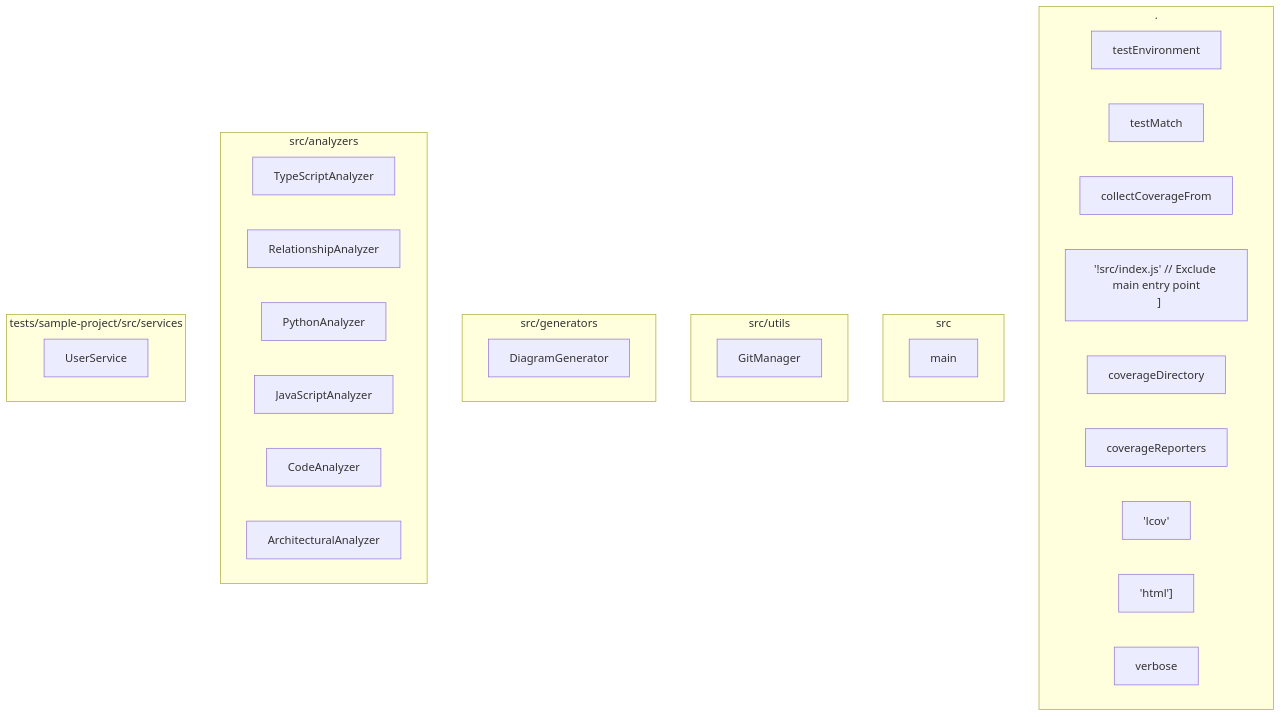
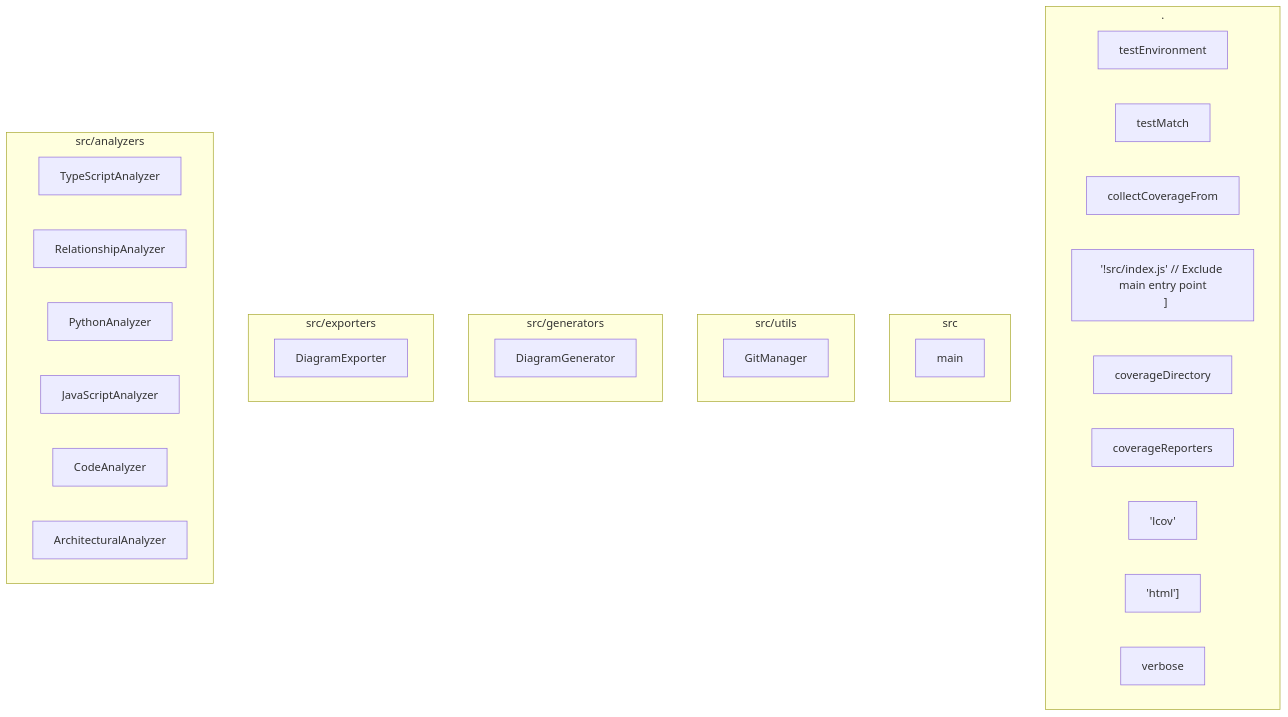
One commit to samjhill/diagrammer changed the diagram in docs/architecture/modules.md. Above: the diagram before and after it, drawn with Mermaid. The commit also changed other lines of this file and 73 other files, not shown here.

Commit message:
docs: Update architecture diagrams [skip ci]

````diff
--- a/docs/architecture/modules.md
+++ b/docs/architecture/modules.md
@@ -15,46 +24,46 @@
 ```mermaid
 graph TB
   classDef module fill:#e3f2fd,stroke:#1976d2,stroke-width:2px
   classDef export fill:#e8f5e8,stroke:#388e3c,stroke-width:2px
   classDef group fill:#f3e5f5,stroke:#7b1fa2,stroke-width:3px
 
   subgraph _["."]
     testEnvironment["testEnvironment"]
     testMatch["testMatch"]
     collectCoverageFrom["collectCoverageFrom"]
     __src_index_js_____Exclude_main_entry_point____["'!src/index.js' // Exclude main entry point
   ]"]
     coverageDirectory["coverageDirectory"]
     coverageReporters["coverageReporters"]
     _lcov_["'lcov'"]
     _html__["'html']"]
     verbose["verbose"]
   end
 
   subgraph src["src"]
     main["main"]
   end
 
   subgraph src_utils["src/utils"]
     GitManager["GitManager"]
   end
 
   subgraph src_generators["src/generators"]
     DiagramGenerator["DiagramGenerator"]
   end
 
+  subgraph src_exporters["src/exporters"]
+    DiagramExporter["DiagramExporter"]
+  end
+
   subgraph src_analyzers["src/analyzers"]
     TypeScriptAnalyzer["TypeScriptAnalyzer"]
     RelationshipAnalyzer["RelationshipAnalyzer"]
     PythonAnalyzer["PythonAnalyzer"]
     JavaScriptAnalyzer["JavaScriptAnalyzer"]
     CodeAnalyzer["CodeAnalyzer"]
     ArchitecturalAnalyzer["ArchitecturalAnalyzer"]
   end
 
-  subgraph tests_sample_project_src_services["tests/sample-project/src/services"]
-    UserService["UserService"]
-  end
-
 
 ```
````
